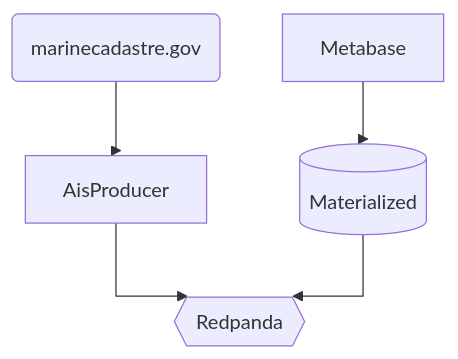
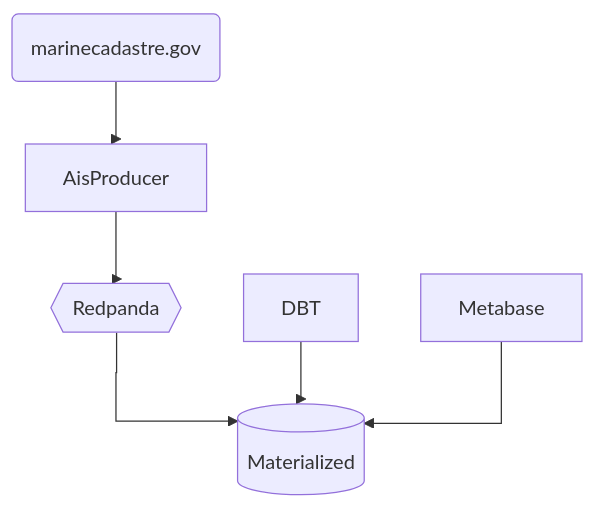
Before and after one commit to marcelmaatkamp/AisMarineCadastreDataInMetabase: the diagram in README.md, drawn with Mermaid.

Commit message:
mermaidjs

````diff
--- a/README.md
+++ b/README.md
@@ -5,12 +5,13 @@
 ```mermaid
 %%{ init: { 'flowchart': { 'curve': 'stepBefore' } } }%%
 flowchart TD
     marinecadastre.gov(marinecadastre.gov)-->AisProducer
     AisProducer-->Redpanda{{Redpanda}}
-    Materialized[(Materialized)]-->Redpanda
+    Redpanda-->Materialized[(Materialized)]
+    DBT-->Materialized
     Metabase-->Materialized
     click marinecadastre.gov "https://marinecadastre.gov/ais" _blank
     click AisProducer "https://github.com/marcelmaatkamp/AisMarineCadastreDataInMetabase/tree/master/application/producer/java/AisProducer" "Open this in a new tab" _blank
     click C href "https://www.github.com" _blank
     click D href "https://www.github.com" "Open this in a new tab" _blank
 ```
````
